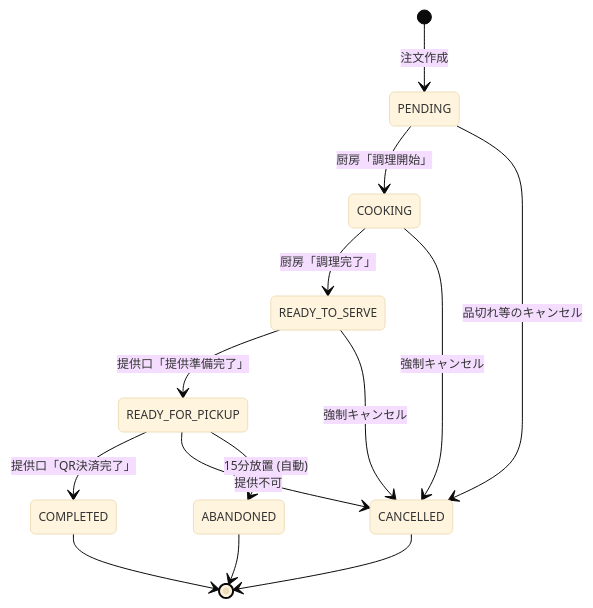
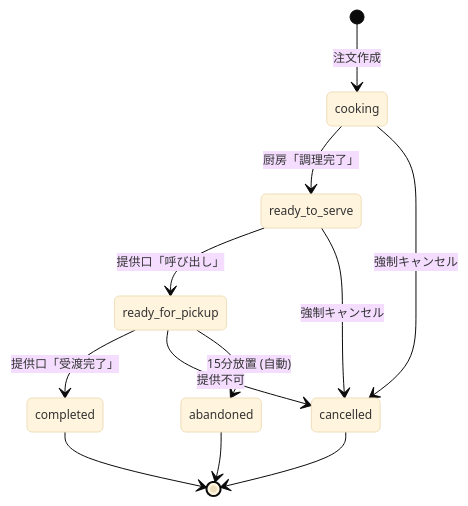
One commit to ynr-cs/nanryosai2026 changed the first of 2 diagrams in 設計図/sandbox/第4章.md. Above: the diagram before and after it, drawn with Mermaid. The commit also changed other lines of this file and 7 other files, not shown here.

````diff
--- a/設計図/sandbox/第4章.md
+++ b/設計図/sandbox/第4章.md
@@ -270,20 +336,18 @@
 ```mermaid
 %%{init: {'theme': 'base', 'themeVariables': { 'fontSize': '12px' }}}%%
 stateDiagram-v2
-    [*] --> PENDING : 注文作成
-    PENDING --> COOKING : 厨房「調理開始」
-    COOKING --> READY_TO_SERVE : 厨房「調理完了」
-    READY_TO_SERVE --> READY_FOR_PICKUP : 提供口「提供準備完了」
-    READY_FOR_PICKUP --> COMPLETED : 提供口「QR決済完了」
-    
-    PENDING --> CANCELLED : 品切れ等のキャンセル
-    COOKING --> CANCELLED : 強制キャンセル
-    READY_TO_SERVE --> CANCELLED : 強制キャンセル
-    READY_FOR_PICKUP --> CANCELLED : 提供不可
-    
-    READY_FOR_PICKUP --> ABANDONED : 15分放置 (自動)
-    
-    COMPLETED --> [*]
-    CANCELLED --> [*]
-    ABANDONED --> [*]
+    [*] --> cooking : 注文作成
+    cooking --> ready_to_serve : 厨房「調理完了」
+    ready_to_serve --> ready_for_pickup : 提供口「呼び出し」
+    ready_for_pickup --> completed : 提供口「受渡完了」
+
+    cooking --> cancelled : 強制キャンセル
+    ready_to_serve --> cancelled : 強制キャンセル
+    ready_for_pickup --> cancelled : 提供不可
+
+    ready_for_pickup --> abandoned : 15分放置 (自動)
+
+    completed --> [*]
+    cancelled --> [*]
+    abandoned --> [*]
 ```
````
